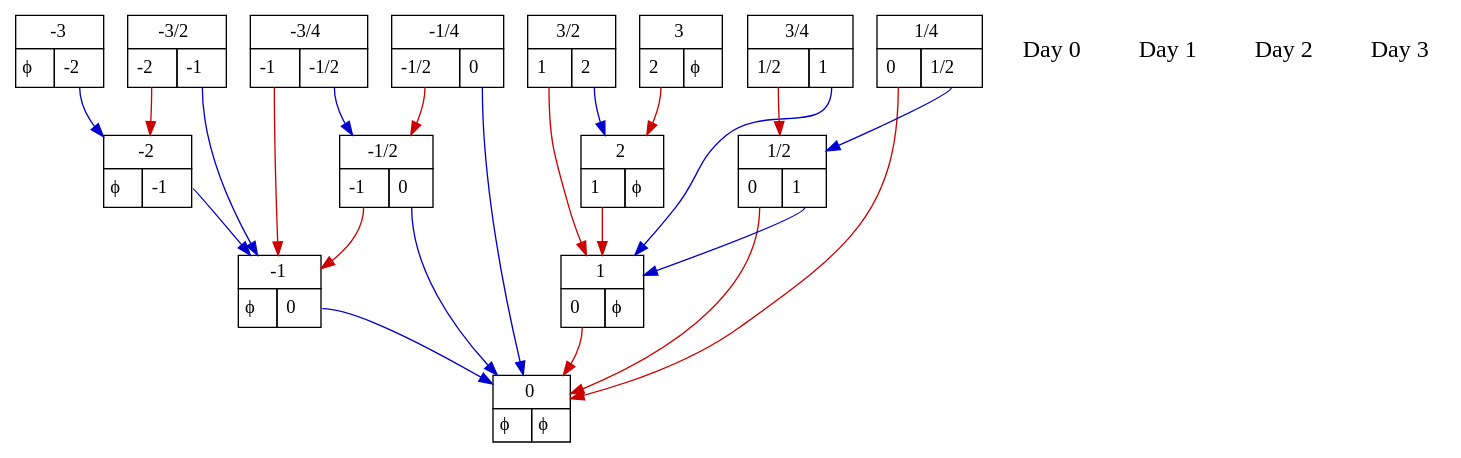
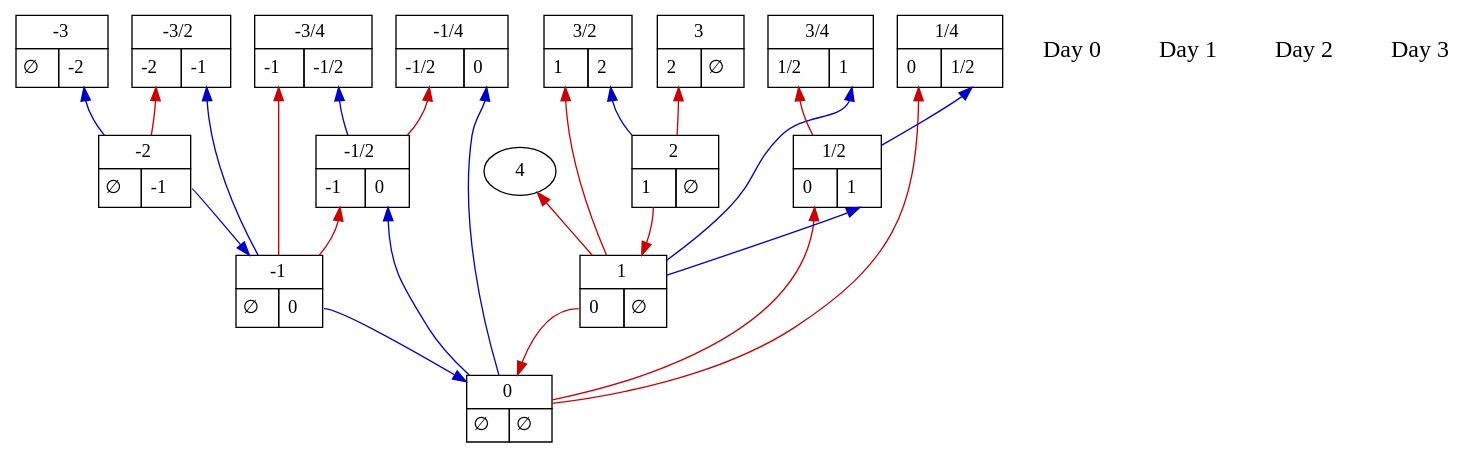
Before and after one commit to mroughan/SurrealNumbers.jl: the diagram in examples/Data/dyadic_tree_3.dot, drawn with Graphviz. The commit also changed 47 other files, not shown here.

```diff
--- a/examples/Data/dyadic_tree_3.dot
+++ b/examples/Data/dyadic_tree_3.dot
@@ -1,118 +1,119 @@
 digraph dyadic_tree {
    node_0 [shape=none,margin=0,label=
          <<TABLE BORDER="0" CELLBORDER="1" CELLSPACING="0" CELLPADDING="4">
          <TR><TD COLSPAN="2">0</TD></TR>
-         <TR><TD PORT="L"> ϕ </TD><TD PORT="R"> ϕ </TD></TR>
+         <TR><TD PORT="L"> ∅ </TD><TD PORT="R"> ∅ </TD></TR>
          </TABLE>>,pos="0,0!"
          ];
 node_day_0 [shape=none, pos="7.875,0!", label="Day 0", fontsize=18]
 node_day_1 [shape=none, pos="7.875,1!", label="Day 1", fontsize=18]
    node_1 [shape=none,margin=0,label=
          <<TABLE BORDER="0" CELLBORDER="1" CELLSPACING="0" CELLPADDING="4">
          <TR><TD COLSPAN="2">-1</TD></TR>
-         <TR><TD PORT="L"> ϕ </TD><TD PORT="R"> <TABLE BORDER="0" CELLBORDER="0" CELLPADDING="0"><TR><TD PORT="0,1"> 0 </TD> &nbsp; </TR></TABLE> </TD></TR>
+         <TR><TD PORT="L"> ∅ </TD><TD PORT="R"> <TABLE BORDER="0" CELLBORDER="0" CELLPADDING="0"><TR><TD PORT="0,1"> 0 </TD> &nbsp; </TR></TABLE> </TD></TR>
          </TABLE>>,pos="-2.25,1!"
          ];
    node_1:R -> node_0 [color="blue3"];
    node_2 [shape=none,margin=0,label=
          <<TABLE BORDER="0" CELLBORDER="1" CELLSPACING="0" CELLPADDING="4">
          <TR><TD COLSPAN="2">1</TD></TR>
-         <TR><TD PORT="L"> <TABLE BORDER="0" CELLBORDER="0" CELLPADDING="0"><TR><TD PORT="0,1"> 0 </TD> &nbsp; </TR></TABLE> </TD><TD PORT="R"> ϕ </TD></TR>
+         <TR><TD PORT="L"> <TABLE BORDER="0" CELLBORDER="0" CELLPADDING="0"><TR><TD PORT="0,1"> 0 </TD> &nbsp; </TR></TABLE> </TD><TD PORT="R"> ∅ </TD></TR>
          </TABLE>>,pos="2.25,1!"
          ];
    node_2:L -> node_0 [color="red3"];
 node_day_2 [shape=none, pos="7.875,2!", label="Day 2", fontsize=18]
    node_3 [shape=none,margin=0,label=
          <<TABLE BORDER="0" CELLBORDER="1" CELLSPACING="0" CELLPADDING="4">
          <TR><TD COLSPAN="2">-2</TD></TR>
-         <TR><TD PORT="L"> ϕ </TD><TD PORT="R"> <TABLE BORDER="0" CELLBORDER="0" CELLPADDING="0"><TR><TD PORT="-1,1"> -1 </TD> &nbsp; </TR></TABLE> </TD></TR>
+         <TR><TD PORT="L"> ∅ </TD><TD PORT="R"> <TABLE BORDER="0" CELLBORDER="0" CELLPADDING="0"><TR><TD PORT="-1,1"> -1 </TD> &nbsp; </TR></TABLE> </TD></TR>
          </TABLE>>,pos="-4.5,2!"
          ];
    node_3:R -> node_1 [color="blue3"];
    node_4 [shape=none,margin=0,label=
          <<TABLE BORDER="0" CELLBORDER="1" CELLSPACING="0" CELLPADDING="4">
          <TR><TD COLSPAN="2">2</TD></TR>
-         <TR><TD PORT="L"> <TABLE BORDER="0" CELLBORDER="0" CELLPADDING="0"><TR><TD PORT="1,1"> 1 </TD> &nbsp; </TR></TABLE> </TD><TD PORT="R"> ϕ </TD></TR>
+         <TR><TD PORT="L"> <TABLE BORDER="0" CELLBORDER="0" CELLPADDING="0"><TR><TD PORT="1,1"> 1 </TD> &nbsp; </TR></TABLE> </TD><TD PORT="R"> ∅ </TD></TR>
          </TABLE>>,pos="4.5,2!"
          ];
    node_4:L -> node_2 [color="red3"];
+4:L -> node_2 [color="red3", dir=back];
    node_5 [shape=none,margin=0,label=
          <<TABLE BORDER="0" CELLBORDER="1" CELLSPACING="0" CELLPADDING="4">
          <TR><TD COLSPAN="2">1/2</TD></TR>
          <TR><TD PORT="L"> <TABLE BORDER="0" CELLBORDER="0" CELLPADDING="0"><TR><TD PORT="0,1"> 0 </TD> &nbsp; </TR></TABLE> </TD><TD PORT="R"> <TABLE BORDER="0" CELLBORDER="0" CELLPADDING="0"><TR><TD PORT="1,1"> 1 </TD> &nbsp; </TR></TABLE> </TD></TR>
          </TABLE>>,pos="1.125,2!"
          ];
-   node_5:L -> node_0 [color="red3"];
-   node_5:R -> node_2 [color="blue3"];
+   node_5:L -> node_0 [color="red3", dir=back];
+   node_5:R -> node_2 [color="blue3", dir=back];
    node_6 [shape=none,margin=0,label=
          <<TABLE BORDER="0" CELLBORDER="1" CELLSPACING="0" CELLPADDING="4">
          <TR><TD COLSPAN="2">-1/2</TD></TR>
          <TR><TD PORT="L"> <TABLE BORDER="0" CELLBORDER="0" CELLPADDING="0"><TR><TD PORT="-1,1"> -1 </TD> &nbsp; </TR></TABLE> </TD><TD PORT="R"> <TABLE BORDER="0" CELLBORDER="0" CELLPADDING="0"><TR><TD PORT="0,1"> 0 </TD> &nbsp; </TR></TABLE> </TD></TR>
          </TABLE>>,pos="-1.125,2!"
          ];
-   node_6:L -> node_1 [color="red3"];
-   node_6:R -> node_0 [color="blue3"];
+   node_6:L -> node_1 [color="red3", dir=back];
+   node_6:R -> node_0 [color="blue3", dir=back];
 node_day_3 [shape=none, pos="7.875,3!", label="Day 3", fontsize=18]
    node_7 [shape=none,margin=0,label=
          <<TABLE BORDER="0" CELLBORDER="1" CELLSPACING="0" CELLPADDING="4">
          <TR><TD COLSPAN="2">-3</TD></TR>
-         <TR><TD PORT="L"> ϕ </TD><TD PORT="R"> <TABLE BORDER="0" CELLBORDER="0" CELLPADDING="0"><TR><TD PORT="-2,1"> -2 </TD> &nbsp; </TR></TABLE> </TD></TR>
+         <TR><TD PORT="L"> ∅ </TD><TD PORT="R"> <TABLE BORDER="0" CELLBORDER="0" CELLPADDING="0"><TR><TD PORT="-2,1"> -2 </TD> &nbsp; </TR></TABLE> </TD></TR>
          </TABLE>>,pos="-6.75,3!"
          ];
-   node_7:R -> node_3 [color="blue3"];
+   node_7:R -> node_3 [color="blue3", dir=back];
    node_8 [shape=none,margin=0,label=
          <<TABLE BORDER="0" CELLBORDER="1" CELLSPACING="0" CELLPADDING="4">
          <TR><TD COLSPAN="2">3</TD></TR>
-         <TR><TD PORT="L"> <TABLE BORDER="0" CELLBORDER="0" CELLPADDING="0"><TR><TD PORT="2,1"> 2 </TD> &nbsp; </TR></TABLE> </TD><TD PORT="R"> ϕ </TD></TR>
+         <TR><TD PORT="L"> <TABLE BORDER="0" CELLBORDER="0" CELLPADDING="0"><TR><TD PORT="2,1"> 2 </TD> &nbsp; </TR></TABLE> </TD><TD PORT="R"> ∅ </TD></TR>
          </TABLE>>,pos="6.75,3!"
          ];
-   node_8:L -> node_4 [color="red3"];
+   node_8:L -> node_4 [color="red3", dir=back];
    node_9 [shape=none,margin=0,label=
          <<TABLE BORDER="0" CELLBORDER="1" CELLSPACING="0" CELLPADDING="4">
          <TR><TD COLSPAN="2">1/4</TD></TR>
          <TR><TD PORT="L"> <TABLE BORDER="0" CELLBORDER="0" CELLPADDING="0"><TR><TD PORT="0,1"> 0 </TD> &nbsp; </TR></TABLE> </TD><TD PORT="R"> <TABLE BORDER="0" CELLBORDER="0" CELLPADDING="0"><TR><TD PORT="1/2,1"> 1/2 </TD> &nbsp; </TR></TABLE> </TD></TR>
          </TABLE>>,pos="0.5625,3!"
          ];
-   node_9:L -> node_0 [color="red3"];
-   node_9:R -> node_5 [color="blue3"];
+   node_9:L -> node_0 [color="red3", dir=back];
+   node_9:R -> node_5 [color="blue3", dir=back];
    node_10 [shape=none,margin=0,label=
          <<TABLE BORDER="0" CELLBORDER="1" CELLSPACING="0" CELLPADDING="4">
          <TR><TD COLSPAN="2">-1/4</TD></TR>
          <TR><TD PORT="L"> <TABLE BORDER="0" CELLBORDER="0" CELLPADDING="0"><TR><TD PORT="-1/2,1"> -1/2 </TD> &nbsp; </TR></TABLE> </TD><TD PORT="R"> <TABLE BORDER="0" CELLBORDER="0" CELLPADDING="0"><TR><TD PORT="0,1"> 0 </TD> &nbsp; </TR></TABLE> </TD></TR>
          </TABLE>>,pos="-0.5625,3!"
          ];
-   node_10:L -> node_6 [color="red3"];
-   node_10:R -> node_0 [color="blue3"];
+   node_10:L -> node_6 [color="red3", dir=back];
+   node_10:R -> node_0 [color="blue3", dir=back];
    node_11 [shape=none,margin=0,label=
          <<TABLE BORDER="0" CELLBORDER="1" CELLSPACING="0" CELLPADDING="4">
          <TR><TD COLSPAN="2">3/4</TD></TR>
          <TR><TD PORT="L"> <TABLE BORDER="0" CELLBORDER="0" CELLPADDING="0"><TR><TD PORT="1/2,1"> 1/2 </TD> &nbsp; </TR></TABLE> </TD><TD PORT="R"> <TABLE BORDER="0" CELLBORDER="0" CELLPADDING="0"><TR><TD PORT="1,1"> 1 </TD> &nbsp; </TR></TABLE> </TD></TR>
          </TABLE>>,pos="1.6875,3!"
          ];
-   node_11:L -> node_5 [color="red3"];
-   node_11:R -> node_2 [color="blue3"];
+   node_11:L -> node_5 [color="red3", dir=back];
+   node_11:R -> node_2 [color="blue3", dir=back];
    node_12 [shape=none,margin=0,label=
          <<TABLE BORDER="0" CELLBORDER="1" CELLSPACING="0" CELLPADDING="4">
          <TR><TD COLSPAN="2">-3/4</TD></TR>
          <TR><TD PORT="L"> <TABLE BORDER="0" CELLBORDER="0" CELLPADDING="0"><TR><TD PORT="-1,1"> -1 </TD> &nbsp; </TR></TABLE> </TD><TD PORT="R"> <TABLE BORDER="0" CELLBORDER="0" CELLPADDING="0"><TR><TD PORT="-1/2,1"> -1/2 </TD> &nbsp; </TR></TABLE> </TD></TR>
          </TABLE>>,pos="-1.6875,3!"
          ];
-   node_12:L -> node_1 [color="red3"];
-   node_12:R -> node_6 [color="blue3"];
+   node_12:L -> node_1 [color="red3", dir=back];
+   node_12:R -> node_6 [color="blue3", dir=back];
    node_13 [shape=none,margin=0,label=
          <<TABLE BORDER="0" CELLBORDER="1" CELLSPACING="0" CELLPADDING="4">
          <TR><TD COLSPAN="2">3/2</TD></TR>
          <TR><TD PORT="L"> <TABLE BORDER="0" CELLBORDER="0" CELLPADDING="0"><TR><TD PORT="1,1"> 1 </TD> &nbsp; </TR></TABLE> </TD><TD PORT="R"> <TABLE BORDER="0" CELLBORDER="0" CELLPADDING="0"><TR><TD PORT="2,1"> 2 </TD> &nbsp; </TR></TABLE> </TD></TR>
          </TABLE>>,pos="3.375,3!"
          ];
-   node_13:L -> node_2 [color="red3"];
-   node_13:R -> node_4 [color="blue3"];
+   node_13:L -> node_2 [color="red3", dir=back];
+   node_13:R -> node_4 [color="blue3", dir=back];
    node_14 [shape=none,margin=0,label=
          <<TABLE BORDER="0" CELLBORDER="1" CELLSPACING="0" CELLPADDING="4">
          <TR><TD COLSPAN="2">-3/2</TD></TR>
          <TR><TD PORT="L"> <TABLE BORDER="0" CELLBORDER="0" CELLPADDING="0"><TR><TD PORT="-2,1"> -2 </TD> &nbsp; </TR></TABLE> </TD><TD PORT="R"> <TABLE BORDER="0" CELLBORDER="0" CELLPADDING="0"><TR><TD PORT="-1,1"> -1 </TD> &nbsp; </TR></TABLE> </TD></TR>
          </TABLE>>,pos="-3.375,3!"
          ];
-   node_14:L -> node_3 [color="red3"];
-   node_14:R -> node_1 [color="blue3"];
+   node_14:L -> node_3 [color="red3", dir=back];
+   node_14:R -> node_1 [color="blue3", dir=back];
 }
```
